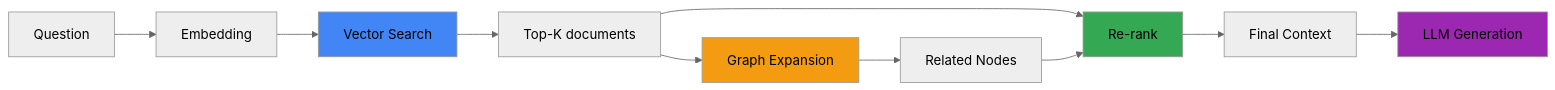
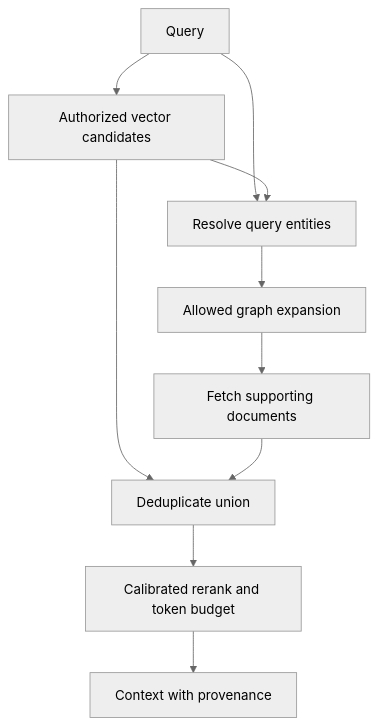
One commit to devfloor9/engineering-playbook changed the second of 3 diagrams in i18n/en/docusaurus-plugin-content-docs/current/agentic-ai-platform/design-architecture/advanced-patterns/knowledge-feature-store.md. Above: the diagram before and after it, drawn with Mermaid (neutral theme). The commit also changed other lines of this file and 3 other files, not shown here.

````diff
--- a/i18n/en/docusaurus-plugin-content-docs/current/agentic-ai-platform/design-architecture/advanced-patterns/knowledge-feature-store.md
+++ b/i18n/en/docusaurus-plugin-content-docs/current/agentic-ai-platform/design-architecture/advanced-patterns/knowledge-feature-store.md
@@ -293,27 +141,12 @@
 ```mermaid
-flowchart LR
-    Q[Question]
-    E[Embedding]
-    V[Vector Search]
-    T[Top-K documents]
-    G[Graph Expansion]
-    N[Related Nodes]
-    R[Re-rank]
-    F[Final Context]
-    L[LLM Generation]
-
-    Q --> E
-    E --> V
-    V --> T
-    T --> G
-    G --> N
-    T --> R
-    N --> R
-    R --> F
-    F --> L
-
-    style V fill:#4285f4
-    style G fill:#f39c12
-    style R fill:#34a853
-    style L fill:#9c27b0
+flowchart TB
+    Q[Query] --> V[Authorized vector candidates]
+    Q --> E[Resolve query entities]
+    V --> E
+    E --> G[Allowed graph expansion]
+    G --> D[Fetch supporting documents]
+    V --> U[Deduplicate union]
+    D --> U
+    U --> R[Calibrated rerank and token budget]
+    R --> C[Context with provenance]
 ```
````
